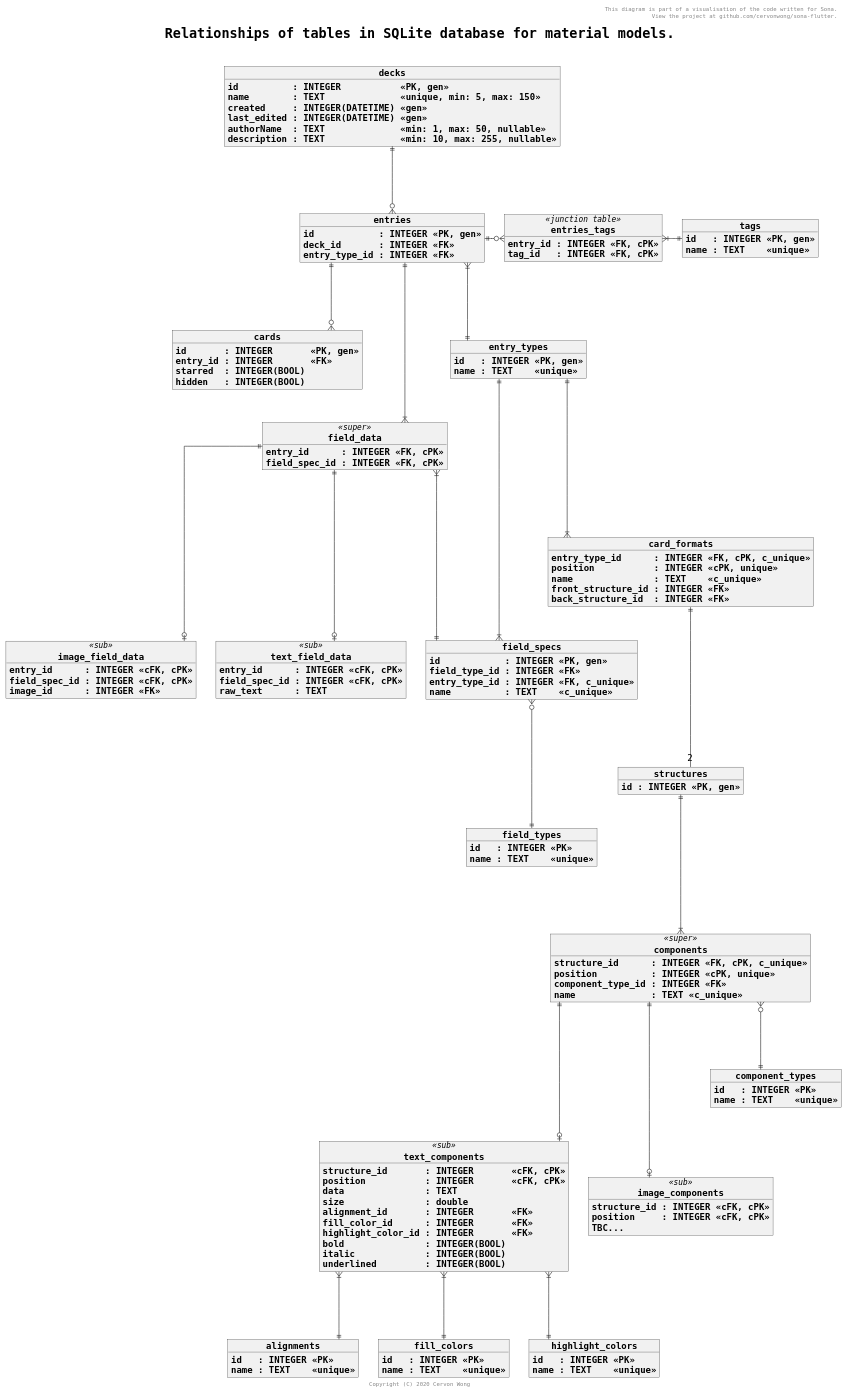
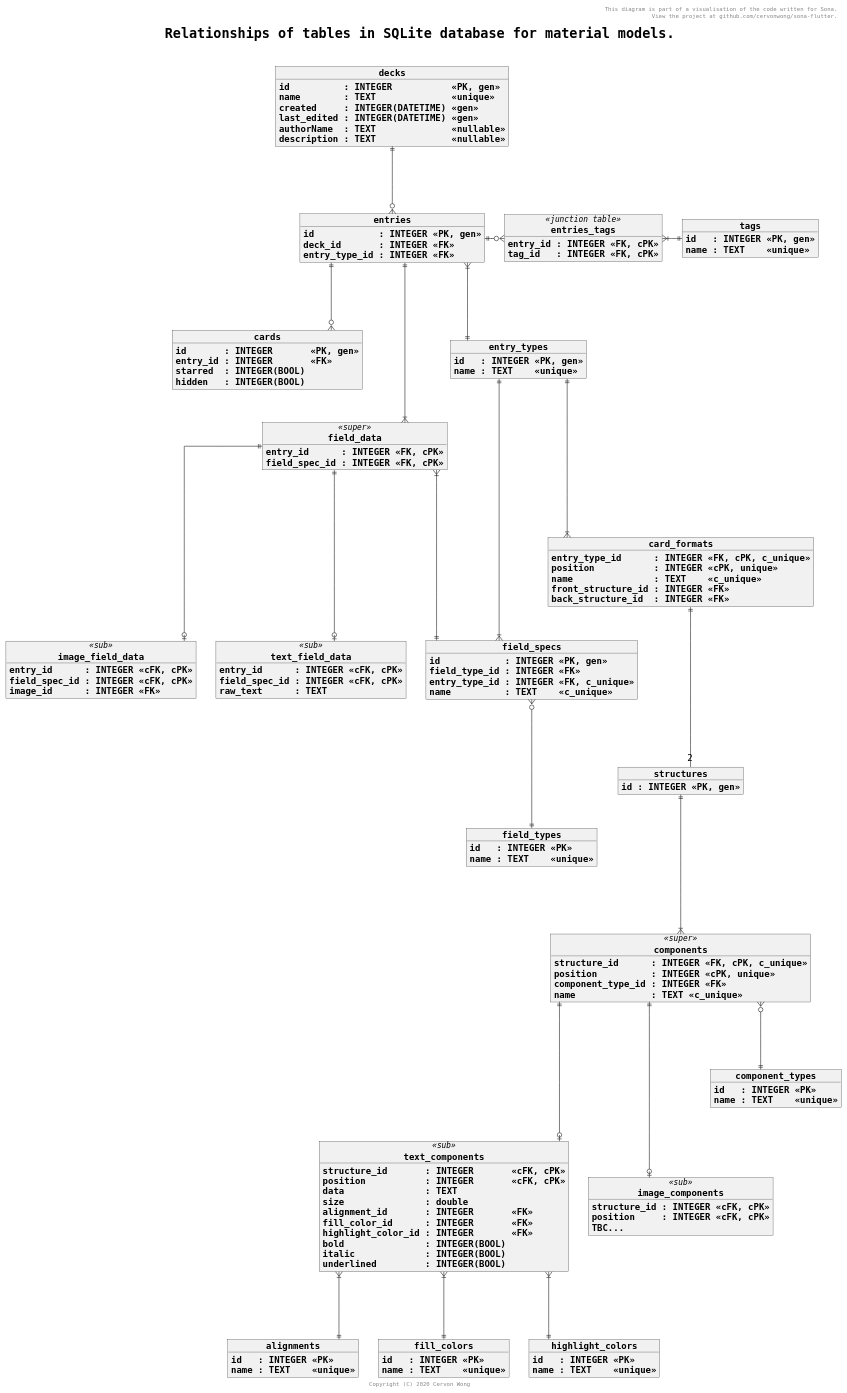
The diagram in puml/material_database.puml (cervonwong/sona-flutter), drawn with PlantUML before and after one commit.

Commit message:
Docs(puml): Remove length constraints on text columns on deck table

```diff
--- a/puml/material_database.puml
+++ b/puml/material_database.puml
@@ -1,163 +1,163 @@
 @startuml
 
 skinparam wrapWidth 1000
 skinparam defaultFontName Monospaced
 skinparam defaultFontSize 16
 skinparam objectStereotypeFontSize 14
 skinparam titleFontSize 24
 skinparam titleFontStyle bold
 skinparam objectFontStyle bold
 skinparam linetype ortho
 skinparam shadowing false
 
 header This diagram is part of a visualisation of the code written for Sona.\n View the project at github.com/cervonwong/sona-flutter.
 title Relationships of tables in SQLite database for material models.\n
 footer Copyright (C) 2020 Cervon Wong
 
 object decks {
 	id          : INTEGER           <<PK, gen>>
-	name        : TEXT              <<unique, min: 5, max: 150>>
+	name        : TEXT              <<unique>>
 	created     : INTEGER(DATETIME) <<gen>>
 	last_edited : INTEGER(DATETIME) <<gen>>
-	authorName  : TEXT              <<min: 1, max: 50, nullable>>
-	description : TEXT              <<min: 10, max: 255, nullable>>
+	authorName  : TEXT              <<nullable>>
+	description : TEXT              <<nullable>>
 }
 
 object entries {
 	id            : INTEGER <<PK, gen>>
 	deck_id       : INTEGER <<FK>>
 	entry_type_id : INTEGER <<FK>>
 }
 
 object cards {
 	id       : INTEGER       <<PK, gen>>
 	entry_id : INTEGER       <<FK>>
 	starred  : INTEGER(BOOL)
 	hidden   : INTEGER(BOOL)
 }
 
 object tags {
 	id   : INTEGER <<PK, gen>>
 	name : TEXT    <<unique>>
 }
 
 object entries_tags <<junction table>> {
 	entry_id : INTEGER <<FK, cPK>>
 	tag_id   : INTEGER <<FK, cPK>>
 }
 
 object field_specs {
 	id            : INTEGER <<PK, gen>>
 	field_type_id : INTEGER <<FK>>
 	entry_type_id : INTEGER <<FK, c_unique>>
 	name          : TEXT    <<c_unique>>
 }
 
 object field_types {
 	id   : INTEGER <<PK>>
 	name : TEXT    <<unique>>
 }
 
 object field_data <<super>> {
 	entry_id      : INTEGER <<FK, cPK>>
     field_spec_id : INTEGER <<FK, cPK>>
     ' Get field_type_id from field_specs table.
 }
 
 object text_field_data <<sub>> {
 	entry_id      : INTEGER <<cFK, cPK>>
     field_spec_id : INTEGER <<cFK, cPK>>
 	raw_text      : TEXT
 }
 
 object image_field_data <<sub>> {
 	entry_id      : INTEGER <<cFK, cPK>>
     field_spec_id : INTEGER <<cFK, cPK>>
 	image_id      : INTEGER <<FK>>
 }
 
 object entry_types {
 	id   : INTEGER <<PK, gen>>
 	name : TEXT    <<unique>>
 }
 
 object card_formats {
 	entry_type_id      : INTEGER <<FK, cPK, c_unique>>
 	position           : INTEGER <<cPK, unique>>
 	name               : TEXT    <<c_unique>>
 	front_structure_id : INTEGER <<FK>>
 	back_structure_id  : INTEGER <<FK>>
 }
 
 object structures {
 	id : INTEGER <<PK, gen>>
 }
 
 object components <<super>> {
 	structure_id      : INTEGER <<FK, cPK, c_unique>>
 	position          : INTEGER <<cPK, unique>>
 	component_type_id : INTEGER <<FK>>
 	name              : TEXT <<c_unique>>
 }
 
 object text_components <<sub>> {
 	structure_id       : INTEGER       <<cFK, cPK>>
 	position           : INTEGER       <<cFK, cPK>>
 	data               : TEXT
 	size               : double
 	alignment_id       : INTEGER       <<FK>>
 	fill_color_id      : INTEGER       <<FK>>
 	highlight_color_id : INTEGER       <<FK>>
 	bold               : INTEGER(BOOL)
 	italic             : INTEGER(BOOL)
 	underlined         : INTEGER(BOOL)
 }
 
 object alignments {
 	id   : INTEGER <<PK>>
 	name : TEXT    <<unique>>
 }
 
 object fill_colors {
 	id   : INTEGER <<PK>>
 	name : TEXT    <<unique>>
 }
 
 object highlight_colors {
 	id   : INTEGER <<PK>>
 	name : TEXT    <<unique>>
 }
 
 object image_components <<sub>> {
 	structure_id : INTEGER <<cFK, cPK>>
     position     : INTEGER <<cFK, cPK>>
     TBC...
 }
 
 object component_types {
 	id   : INTEGER <<PK>>
 	name : TEXT    <<unique>>
 }
 
 decks           ||---o{    entries
 entries         ||---o{    cards
 entries         ||-o{      entries_tags : \t
 entries_tags    }|-||      tags : \t
 field_specs     }o----||   field_types
 field_data      ||----o|   text_field_data
 field_data      ||----o|   image_field_data
 field_data      }|----||   field_specs
 entries         ||----|{   field_data
 entries         }|---||    entry_types
 entry_types     ||----|{   field_specs
 entry_types     ||----|{   card_formats
 card_formats    ||---- "2" structures
 structures      ||----|{   components
 components      }o---||    component_types
 components      ||----o|   text_components
 components      ||----o|   image_components
 text_components }|---||    alignments
 text_components }|---||    fill_colors
 text_components }|---||    highlight_colors
 
 @enduml
```
